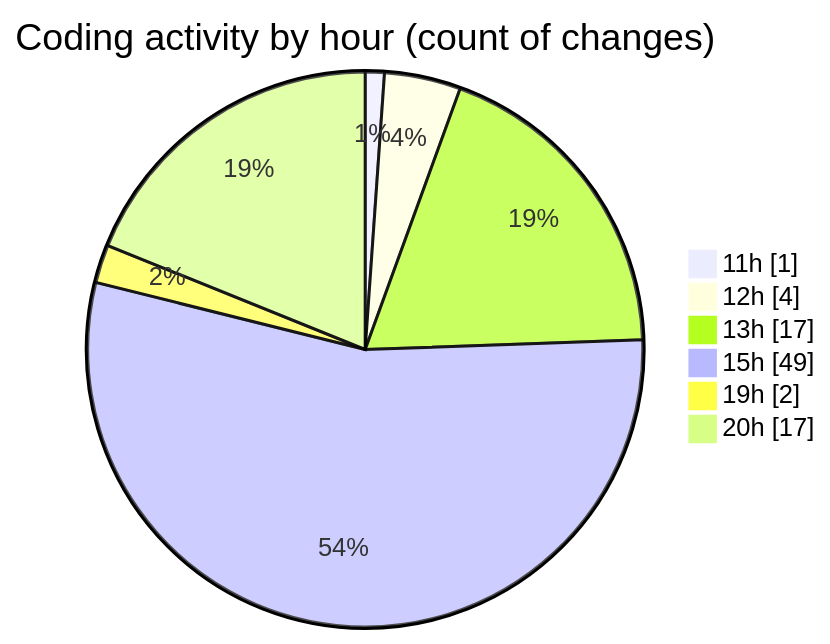
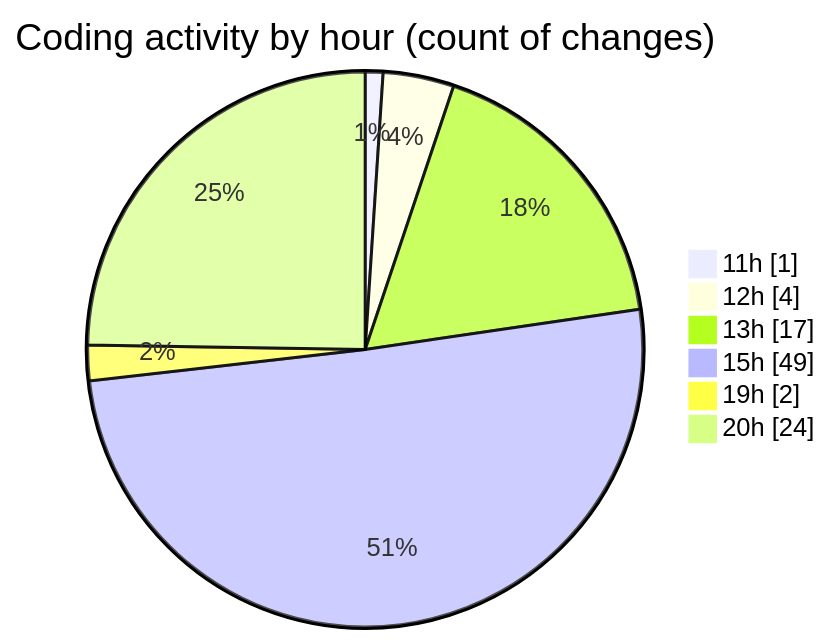
The second of 2 diagrams in 2025-09-28/nxtqube_webapp/README.md (nxtqubesakshisongat/code-tracking), drawn with Mermaid before and after one commit. The commit also changed other lines of this file and 1 other file, not shown here.

````diff
--- a/2025-09-28/nxtqube_webapp/README.md
+++ b/2025-09-28/nxtqube_webapp/README.md
@@ -32,10 +32,10 @@
 ```mermaid
 pie showData
 title Coding activity by hour (count of changes)
 "11h" : 1
 "12h" : 4
 "13h" : 17
 "15h" : 49
 "19h" : 2
-"20h" : 17
+"20h" : 24
 ```
````
